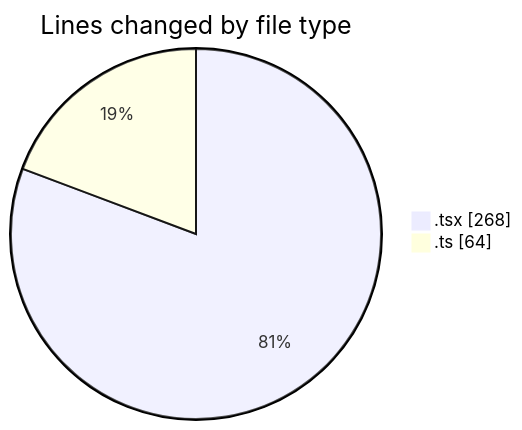
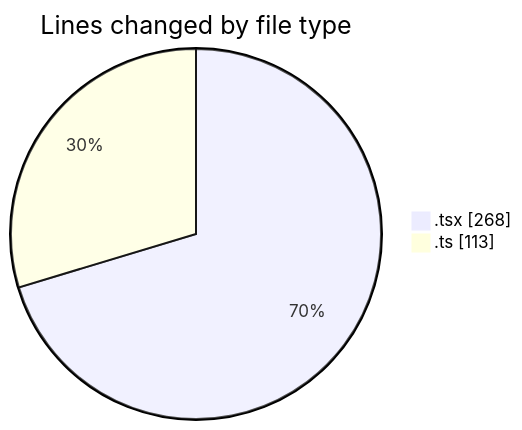
The first of 2 diagrams in 2026-04-20/airfeed-analytics-dashboard/README.md (nxtqubesakshisongat/code-tracking), drawn with Mermaid before and after one commit. The commit also changed other lines of this file and 1 other file, not shown here.

````diff
--- a/2026-04-20/airfeed-analytics-dashboard/README.md
+++ b/2026-04-20/airfeed-analytics-dashboard/README.md
@@ -21,6 +22,6 @@
 ```mermaid
 pie showData
 title Lines changed by file type
 ".tsx" : 268
-".ts" : 64
+".ts" : 113
 ```
````
